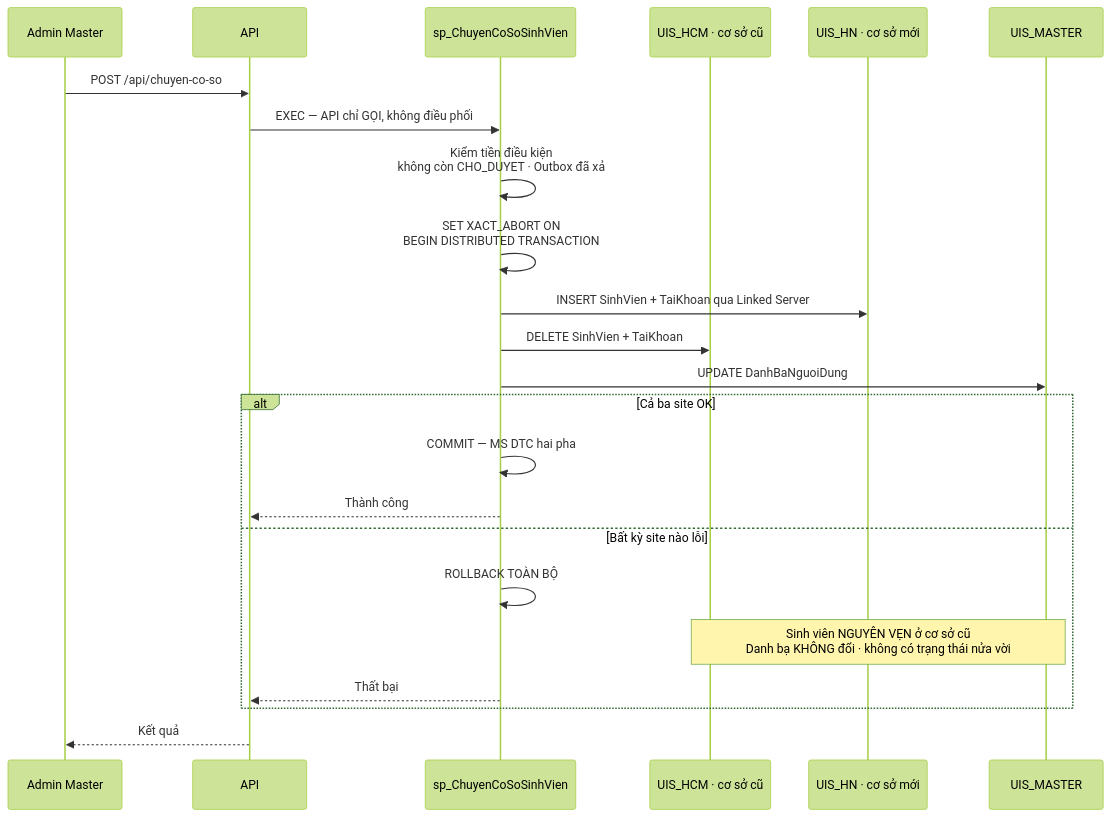
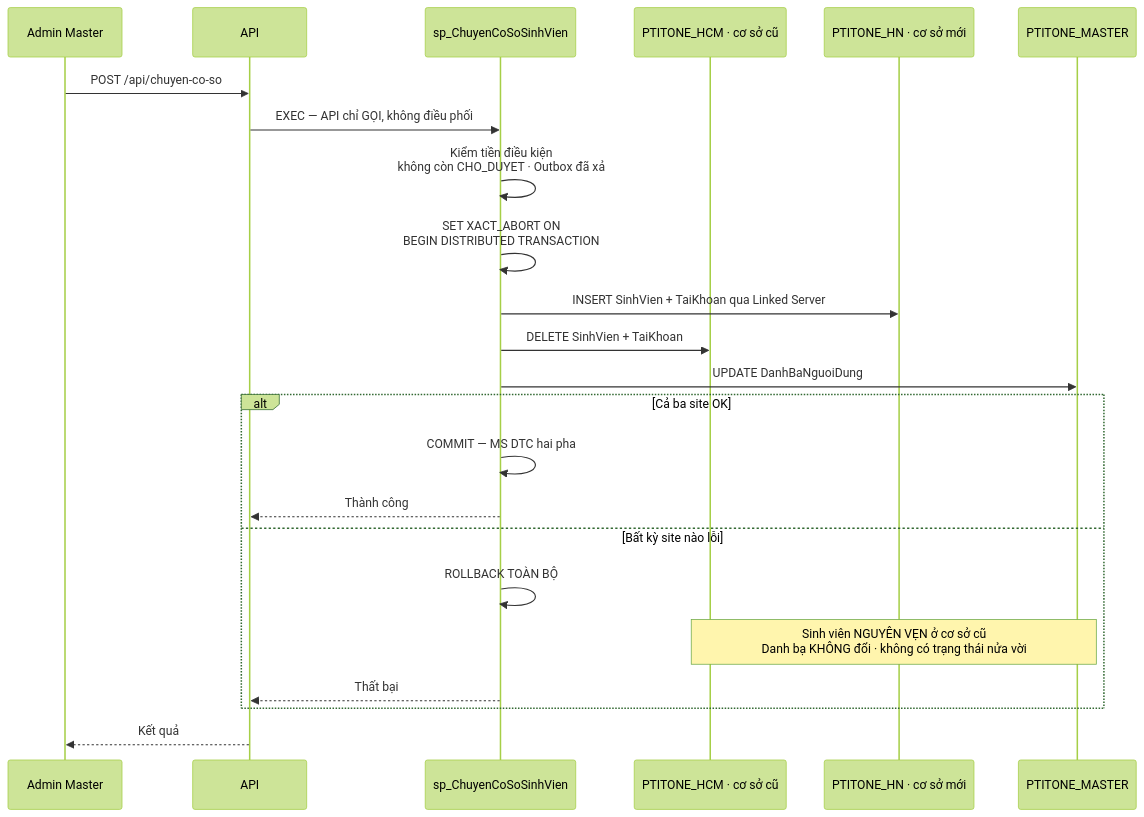
Before and after one commit to khangdzvl050623/PTIT-One: the sixth of 9 diagrams in README.md, drawn with Mermaid (forest theme). The commit also changed other lines of this file and 8 other files, not shown here.

First line of the commit message:
feat(db): hạ tầng replication dùng lại được, chưa phụ thuộc schema

````diff
--- a/README.md
+++ b/README.md
@@ -227,26 +227,26 @@
 ```mermaid
 sequenceDiagram
     participant AD as Admin Master
     participant API as API
     participant SP as sp_ChuyenCoSoSinhVien
-    participant OLD as UIS_HCM · cơ sở cũ
-    participant NEW as UIS_HN · cơ sở mới
-    participant M as UIS_MASTER
+    participant OLD as PTITONE_HCM · cơ sở cũ
+    participant NEW as PTITONE_HN · cơ sở mới
+    participant M as PTITONE_MASTER
 
     AD->>API: POST /api/chuyen-co-so
     API->>SP: EXEC — API chỉ GỌI, không điều phối
     SP->>SP: Kiểm tiền điều kiện<br/>không còn CHO_DUYET · Outbox đã xả
     SP->>SP: SET XACT_ABORT ON<br/>BEGIN DISTRIBUTED TRANSACTION
     SP->>NEW: INSERT SinhVien + TaiKhoan qua Linked Server
     SP->>OLD: DELETE SinhVien + TaiKhoan
     SP->>M: UPDATE DanhBaNguoiDung
     alt Cả ba site OK
         SP->>SP: COMMIT — MS DTC hai pha
         SP-->>API: Thành công
     else Bất kỳ site nào lỗi
         SP->>SP: ROLLBACK TOÀN BỘ
         Note over OLD,M: Sinh viên NGUYÊN VẸN ở cơ sở cũ<br/>Danh bạ KHÔNG đổi · không có trạng thái nửa vời
         SP-->>API: Thất bại
     end
     API-->>AD: Kết quả
 ```
````
